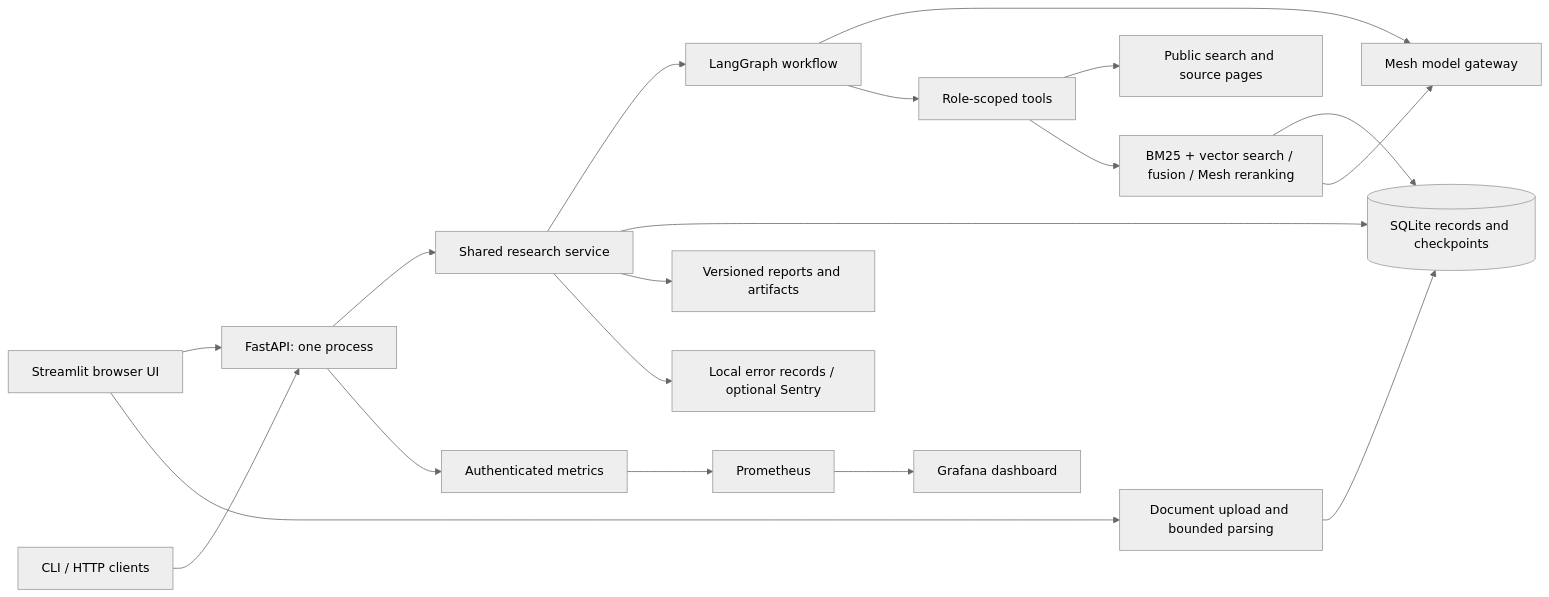
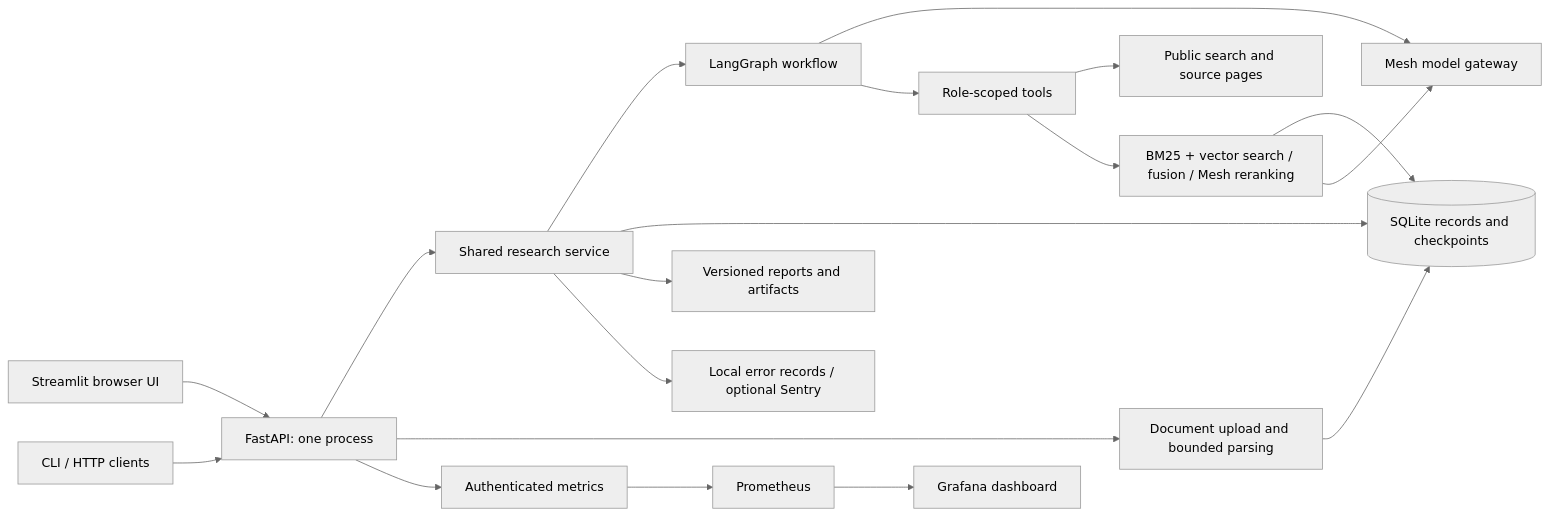
The first of 3 diagrams in README.md (Ben-cod1ng/DeepDive), drawn with Mermaid (neutral theme) before and after one commit. The commit also changed other lines of this file and 3 other files, not shown here.

````diff
--- a/README.md
+++ b/README.md
@@ -23,21 +23,21 @@
 ```mermaid
 flowchart LR
     UI[Streamlit browser UI] --> API[FastAPI: one process]
     CLI[CLI / HTTP clients] --> API
     API --> Service[Shared research service]
     Service --> Graph[LangGraph workflow]
     Graph --> Mesh[Mesh model gateway]
     Graph --> Tools[Role-scoped tools]
     Tools --> Web[Public search and source pages]
-    UI --> Upload[Document upload and bounded parsing]
+    API --> Upload[Document upload and bounded parsing]
     Upload --> DB
     Tools --> RAG[BM25 + vector search / fusion / Mesh reranking]
     RAG --> DB
     RAG --> Mesh
     Service --> DB[(SQLite records and checkpoints)]
     Service --> Files[Versioned reports and artifacts]
     API --> Metrics[Authenticated metrics]
     Metrics --> Prom[Prometheus]
     Prom --> Grafana[Grafana dashboard]
     Service --> Errors[Local error records / optional Sentry]
 ```
````
